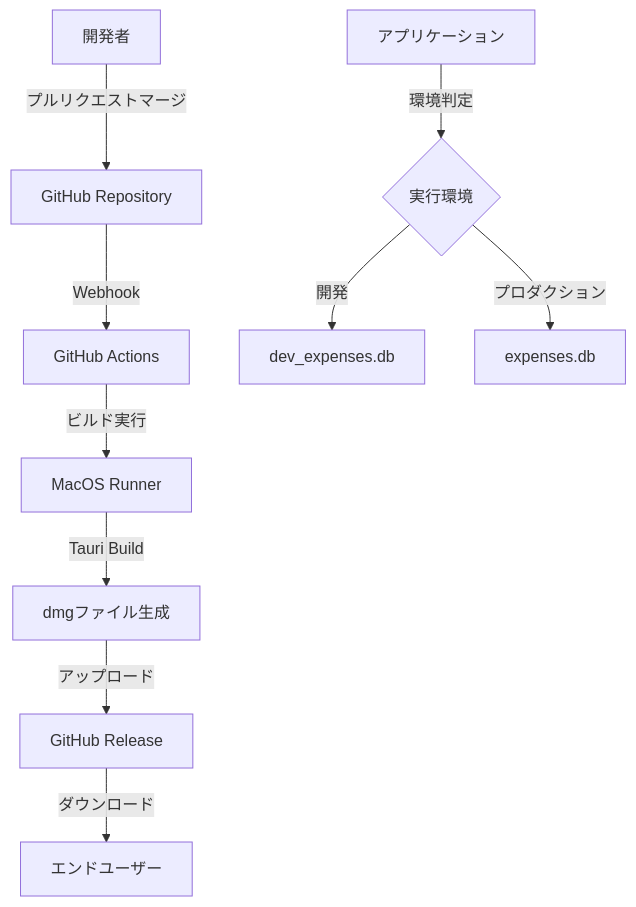
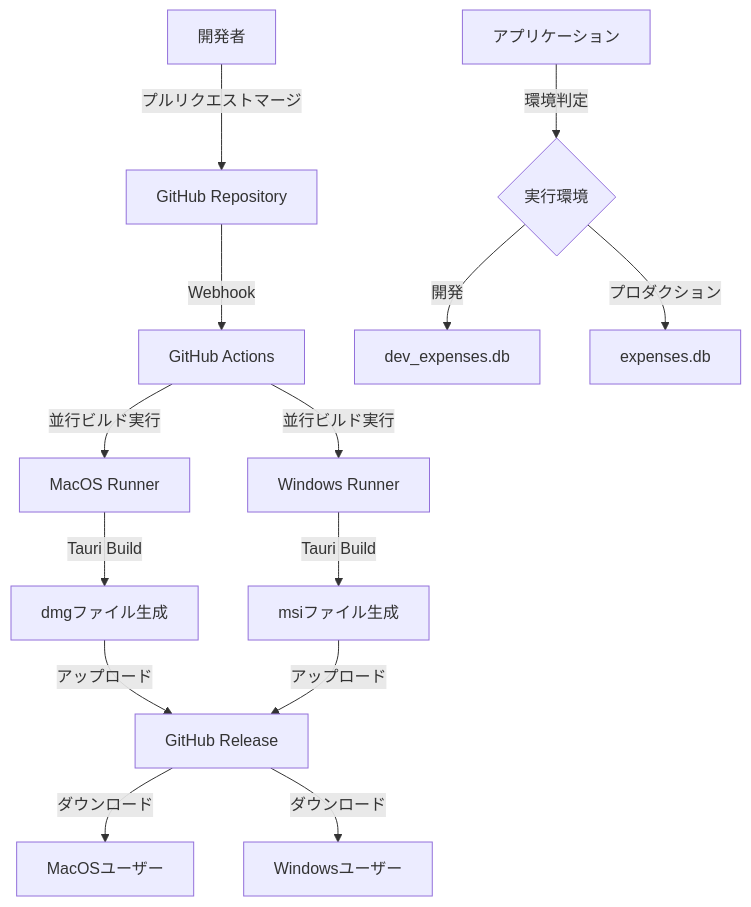
The diagram in .kiro/specs/cicd-macos-build/design.md (tsucchinoko/orano-keihi), drawn with Mermaid before and after one commit. The commit also changed other lines of this file and 2 other files, not shown here.

````diff
--- a/.kiro/specs/cicd-macos-build/design.md
+++ b/.kiro/specs/cicd-macos-build/design.md
@@ -11,13 +11,21 @@
 ```mermaid
 graph TB
     A[開発者] -->|プルリクエストマージ| B[GitHub Repository]
     B -->|Webhook| C[GitHub Actions]
-    C -->|ビルド実行| D[MacOS Runner]
-    D -->|Tauri Build| E[dmgファイル生成]
-    E -->|アップロード| F[GitHub Release]
-    F -->|ダウンロード| G[エンドユーザー]
     
-    H[アプリケーション] -->|環境判定| I{実行環境}
-    I -->|開発| J[dev_expenses.db]
-    I -->|プロダクション| K[expenses.db]
+    C -->|並行ビルド実行| D[MacOS Runner]
+    C -->|並行ビルド実行| E[Windows Runner]
+    
+    D -->|Tauri Build| F[dmgファイル生成]
+    E -->|Tauri Build| G[msiファイル生成]
+    
+    F -->|アップロード| H[GitHub Release]
+    G -->|アップロード| H
+    
+    H -->|ダウンロード| I[MacOSユーザー]
+    H -->|ダウンロード| J[Windowsユーザー]
+    
+    K[アプリケーション] -->|環境判定| L{実行環境}
+    L -->|開発| M[dev_expenses.db]
+    L -->|プロダクション| N[expenses.db]
 ```
````
